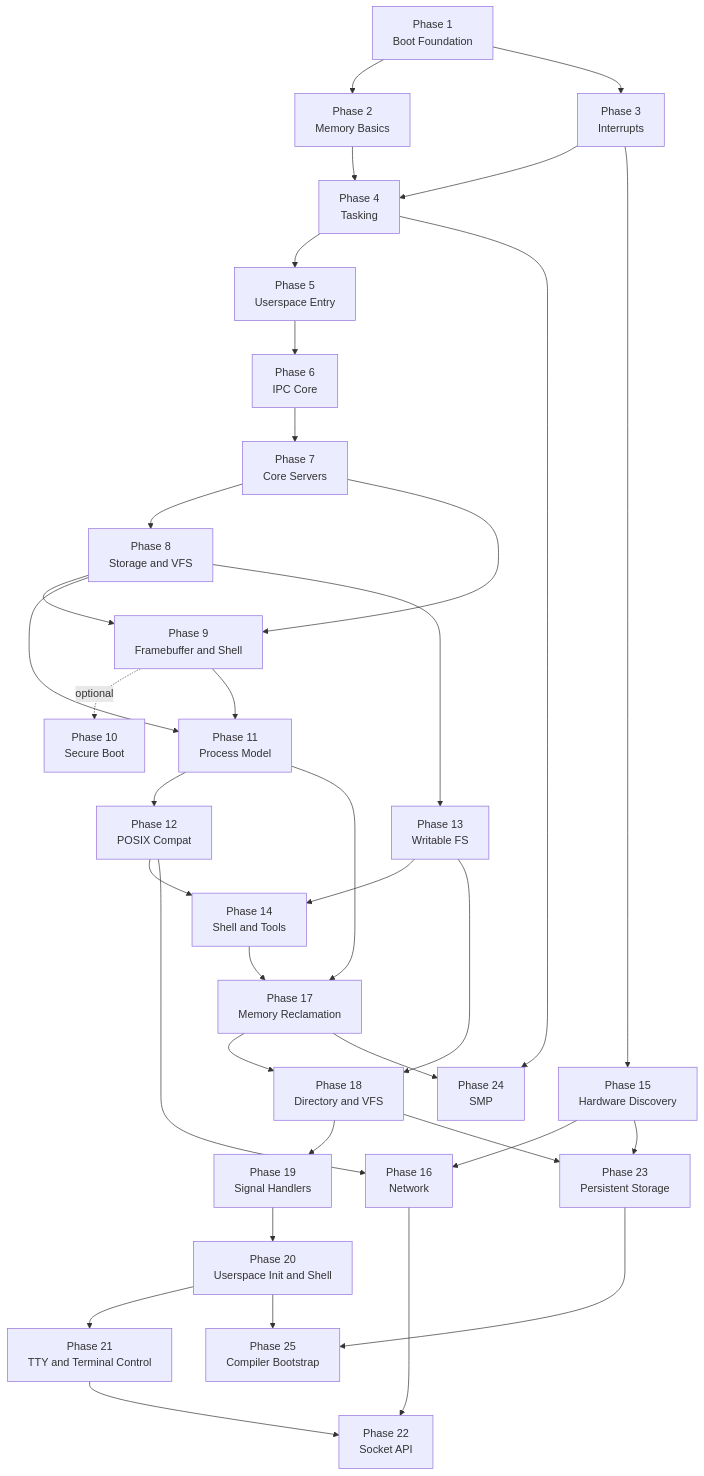
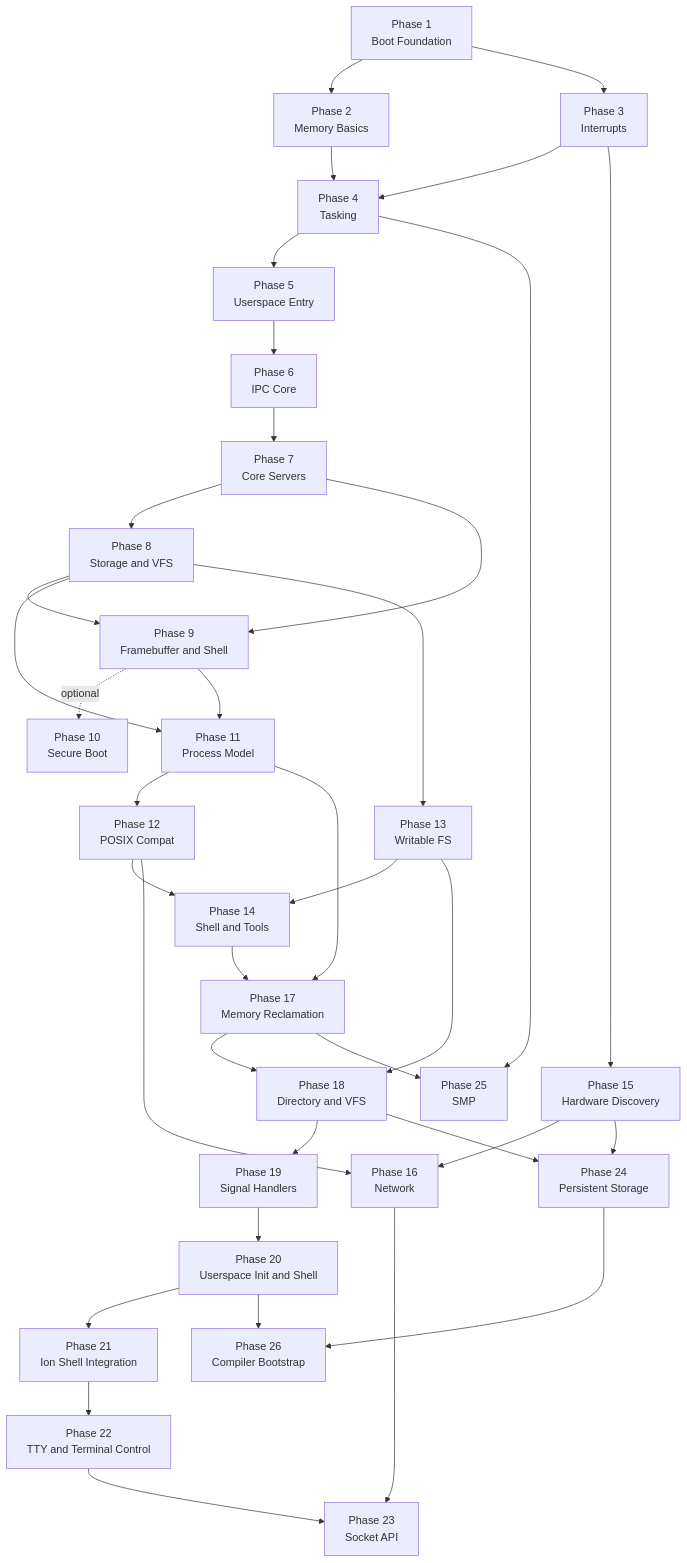
One commit to mikecubed/m3OS changed the first of 2 diagrams in docs/roadmap/README.md. Above: the diagram before and after it, drawn with Mermaid. The commit also changed other lines of this file and 14 other files, not shown here.

First line of the commit message:
docs: add Phase 21 (Ion Shell Integration) and renumber phases 21-25 → 22-26 (#21)

````diff
--- a/docs/roadmap/README.md
+++ b/docs/roadmap/README.md
@@ -27,48 +27,49 @@
 ```mermaid
 flowchart TD
     P1["Phase 1<br/>Boot Foundation"]
     P2["Phase 2<br/>Memory Basics"]
     P3["Phase 3<br/>Interrupts"]
     P4["Phase 4<br/>Tasking"]
     P5["Phase 5<br/>Userspace Entry"]
     P6["Phase 6<br/>IPC Core"]
     P7["Phase 7<br/>Core Servers"]
     P8["Phase 8<br/>Storage and VFS"]
     P9["Phase 9<br/>Framebuffer and Shell"]
 
     P1 --> P2
     P1 --> P3
     P2 --> P4
     P3 --> P4
     P4 --> P5
     P5 --> P6
     P6 --> P7
     P7 --> P8
     P7 --> P9
     P8 --> P9
     P9 -.->|optional| P10["Phase 10<br/>Secure Boot"]
     P9 --> P11["Phase 11<br/>Process Model"]
     P8 --> P11
     P11 --> P12["Phase 12<br/>POSIX Compat"]
     P8 --> P13["Phase 13<br/>Writable FS"]
     P12 --> P14["Phase 14<br/>Shell and Tools"]
     P13 --> P14
     P3 --> P15["Phase 15<br/>Hardware Discovery"]
     P12 --> P16["Phase 16<br/>Network"]
     P15 --> P16
     P14 --> P17["Phase 17<br/>Memory Reclamation"]
     P11 --> P17
     P17 --> P18["Phase 18<br/>Directory and VFS"]
     P13 --> P18
     P18 --> P19["Phase 19<br/>Signal Handlers"]
     P19 --> P20["Phase 20<br/>Userspace Init and Shell"]
-    P20 --> P21["Phase 21<br/>TTY and Terminal Control"]
-    P16 --> P22["Phase 22<br/>Socket API"]
-    P21 --> P22
-    P18 --> P23["Phase 23<br/>Persistent Storage"]
-    P15 --> P23
-    P17 --> P24["Phase 24<br/>SMP"]
-    P4 --> P24
-    P20 --> P25["Phase 25<br/>Compiler Bootstrap"]
-    P23 --> P25
+    P20 --> P21["Phase 21<br/>Ion Shell Integration"]
+    P21 --> P22["Phase 22<br/>TTY and Terminal Control"]
+    P16 --> P23["Phase 23<br/>Socket API"]
+    P22 --> P23
+    P18 --> P24["Phase 24<br/>Persistent Storage"]
+    P15 --> P24
+    P17 --> P25["Phase 25<br/>SMP"]
+    P4 --> P25
+    P20 --> P26["Phase 26<br/>Compiler Bootstrap"]
+    P24 --> P26
 ```
````
